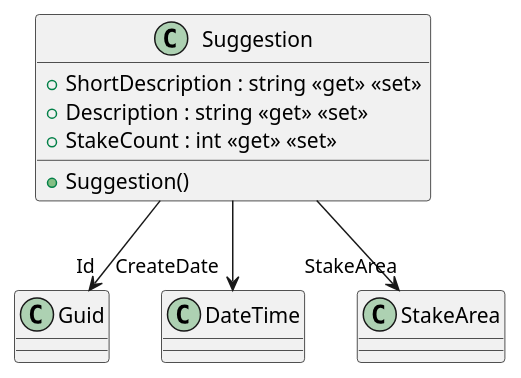
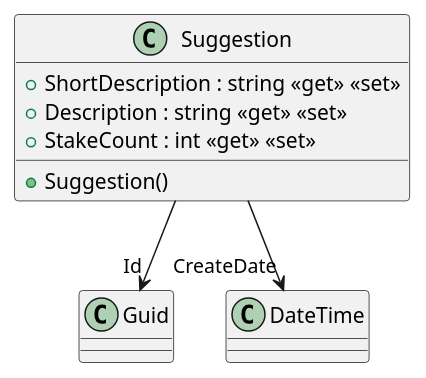
One commit to NeaBouli/TrueRepublic changed the diagram in Frontend/Common/plantuml/Suggestion.puml. Above: the diagram before and after it, drawn with PlantUML. The commit also changed 15 other files, not shown here.

```diff
--- a/Frontend/Common/plantuml/Suggestion.puml
+++ b/Frontend/Common/plantuml/Suggestion.puml
@@ -1,11 +1,10 @@
 @startuml
 class Suggestion {
     + Suggestion()
     + ShortDescription : string <<get>> <<set>>
     + Description : string <<get>> <<set>>
     + StakeCount : int <<get>> <<set>>
 }
 Suggestion --> "Id" Guid
 Suggestion --> "CreateDate" DateTime
-Suggestion --> "StakeArea" StakeArea
 @enduml
```
